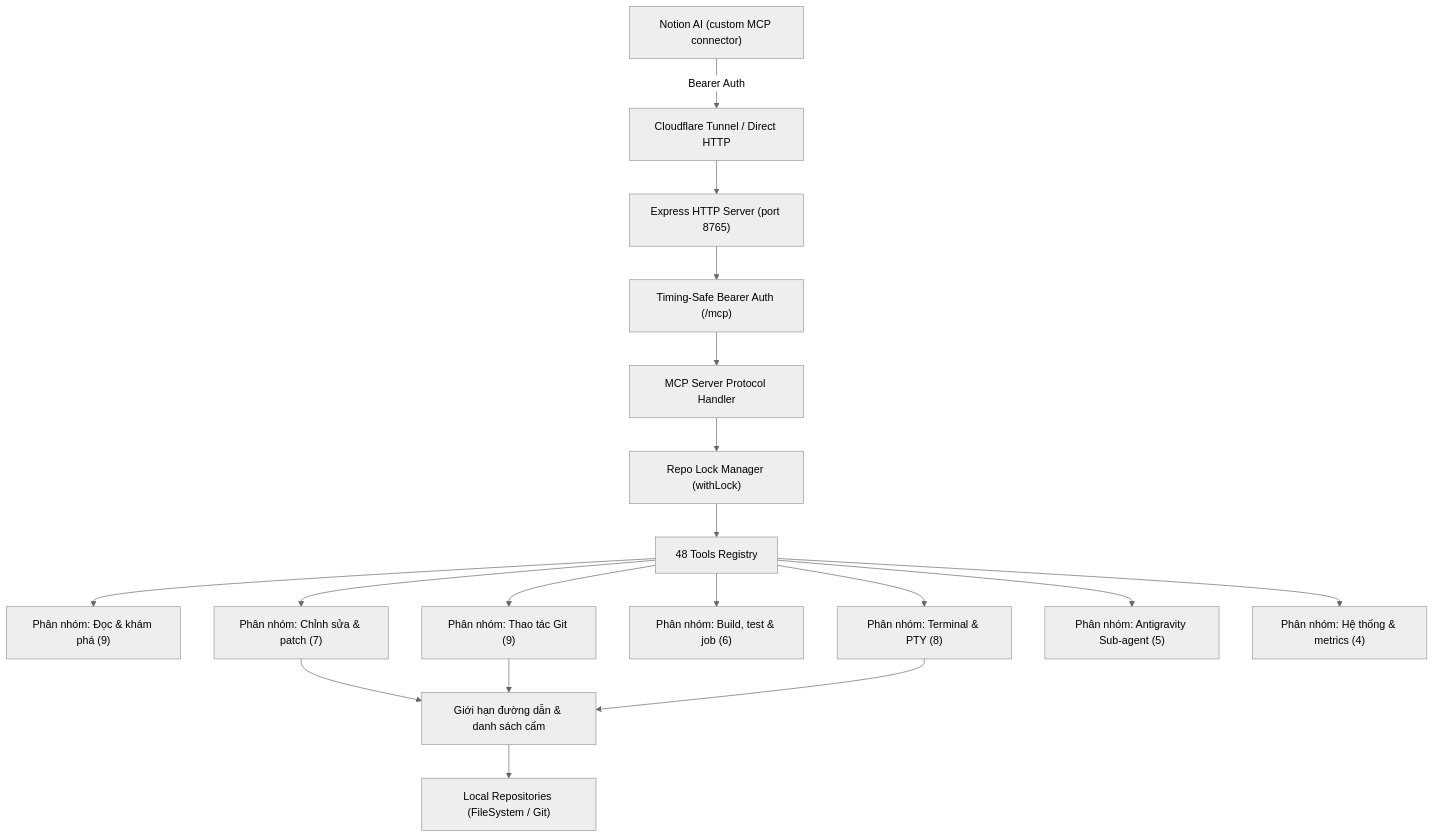
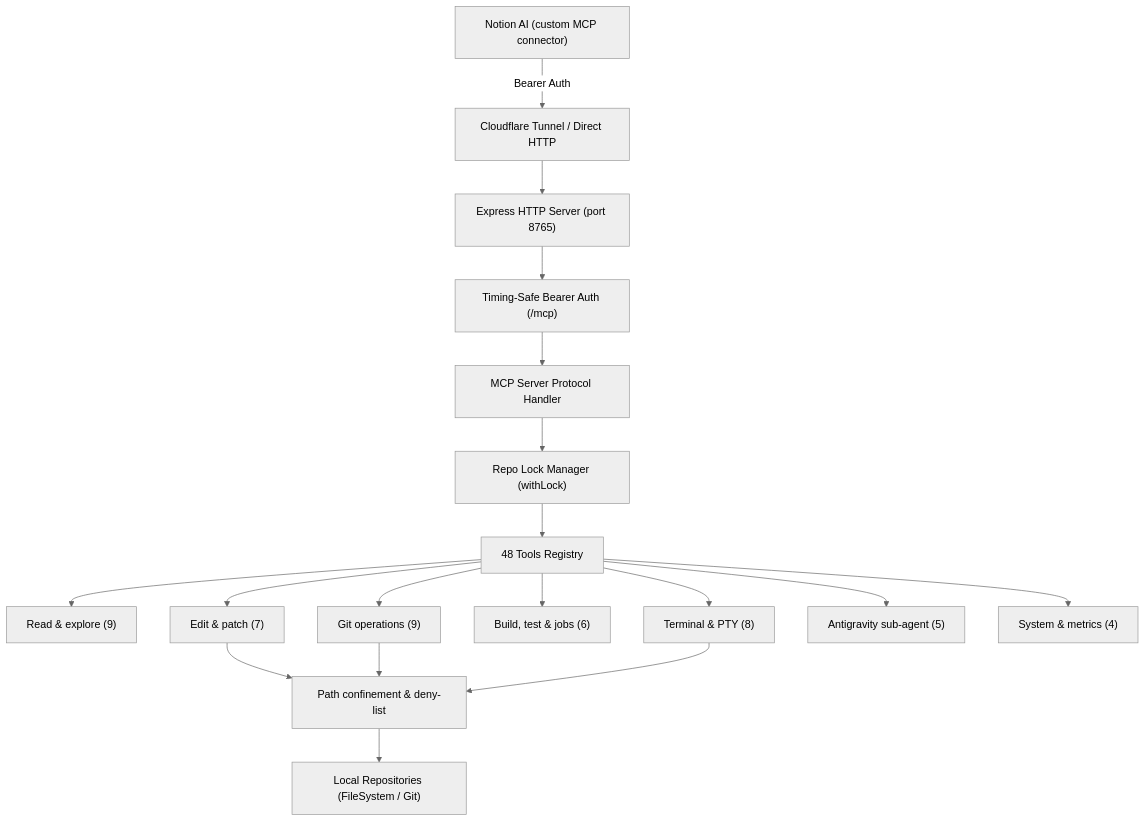
One commit to wavycastic/MCP-LOCAL-NOTION-AI changed the diagram in README.md. Above: the diagram before and after it, drawn with Mermaid (neutral theme). The commit also changed other lines of this file, not shown here.

````diff
--- a/README.md
+++ b/README.md
@@ -16,42 +16,42 @@
 ```mermaid
 flowchart TD
     Client["Notion AI (custom MCP connector)"]
     Tunnel["Cloudflare Tunnel / Direct HTTP"]
     Express["Express HTTP Server (port 8765)"]
     Auth["Timing-Safe Bearer Auth (/mcp)"]
     MCP["MCP Server Protocol Handler"]
     
     SubGraphLocks["Repo Lock Manager (withLock)"]
     
     SubGraphTools["48 Tools Registry"]
-    DiscoveryTools["Phân nhóm: Đọc & khám phá (9)"]
-    EditTools["Phân nhóm: Chỉnh sửa & patch (7)"]
-    GitTools["Phân nhóm: Thao tác Git (9)"]
-    BuildTools["Phân nhóm: Build, test & job (6)"]
-    TermTools["Phân nhóm: Terminal & PTY (8)"]
-    SubAgentTools["Phân nhóm: Antigravity Sub-agent (5)"]
-    SysTools["Phân nhóm: Hệ thống & metrics (4)"]
+    DiscoveryTools["Read & explore (9)"]
+    EditTools["Edit & patch (7)"]
+    GitTools["Git operations (9)"]
+    BuildTools["Build, test & jobs (6)"]
+    TermTools["Terminal & PTY (8)"]
+    SubAgentTools["Antigravity sub-agent (5)"]
+    SysTools["System & metrics (4)"]
 
-    Security["Giới hạn đường dẫn & danh sách cấm"]
+    Security["Path confinement & deny-list"]
     LocalRepos["Local Repositories (FileSystem / Git)"]
 
     Client -->|Bearer Auth| Tunnel
     Tunnel --> Express
     Express --> Auth
     Auth --> MCP
     MCP --> SubGraphLocks
     SubGraphLocks --> SubGraphTools
     
     SubGraphTools --> DiscoveryTools
     SubGraphTools --> EditTools
     SubGraphTools --> GitTools
     SubGraphTools --> BuildTools
     SubGraphTools --> TermTools
     SubGraphTools --> SubAgentTools
     SubGraphTools --> SysTools
 
     EditTools --> Security
     GitTools --> Security
     TermTools --> Security
     Security --> LocalRepos
 ```
````
